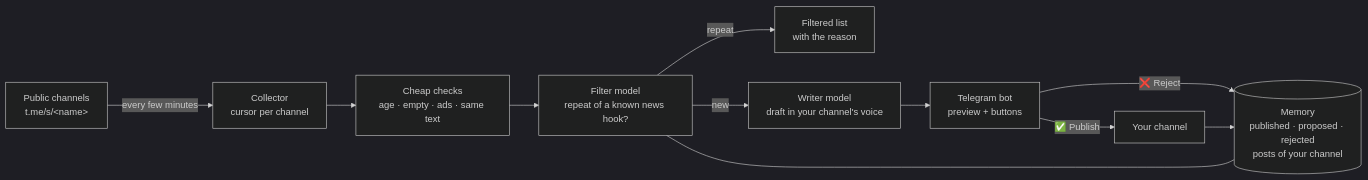
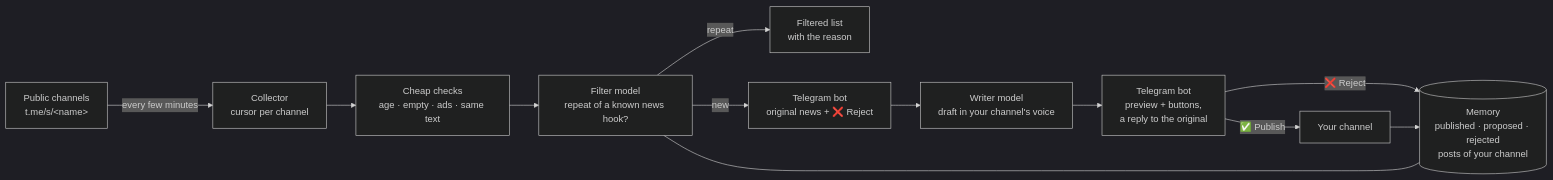
Before and after one commit to AiXenix/AiXenix-Telegram-Scraper-AI: the diagram in README.md, drawn with Mermaid (dark theme). The commit also changed other lines of this file and 17 other files, not shown here.

First line of the commit message:
1.1.0: the original news first, no daily quota

````diff
--- a/README.md
+++ b/README.md
@@ -58,13 +59,14 @@
 ```mermaid
 flowchart LR
     S["Public channels<br/>t.me/s/&lt;name&gt;"] -->|"every few minutes"| C["Collector<br/>cursor per channel"]
     C --> P["Cheap checks<br/>age · empty · ads · same text"]
     P --> F["Filter model<br/>repeat of a known news hook?"]
     M[("Memory<br/>published · proposed · rejected<br/>posts of your channel")] --- F
     F -->|"repeat"| X["Filtered list<br/>with the reason"]
-    F -->|"new"| W["Writer model<br/>draft in your channel's voice"]
-    W --> B["Telegram bot<br/>preview + buttons"]
+    F -->|"new"| O["Telegram bot<br/>original news + ❌ Reject"]
+    O --> W["Writer model<br/>draft in your channel's voice"]
+    W --> B["Telegram bot<br/>preview + buttons,<br/>a reply to the original"]
     B -->|"✅ Publish"| CH["Your channel"]
     B -->|"❌ Reject"| M
     CH --> M
 ```
````
